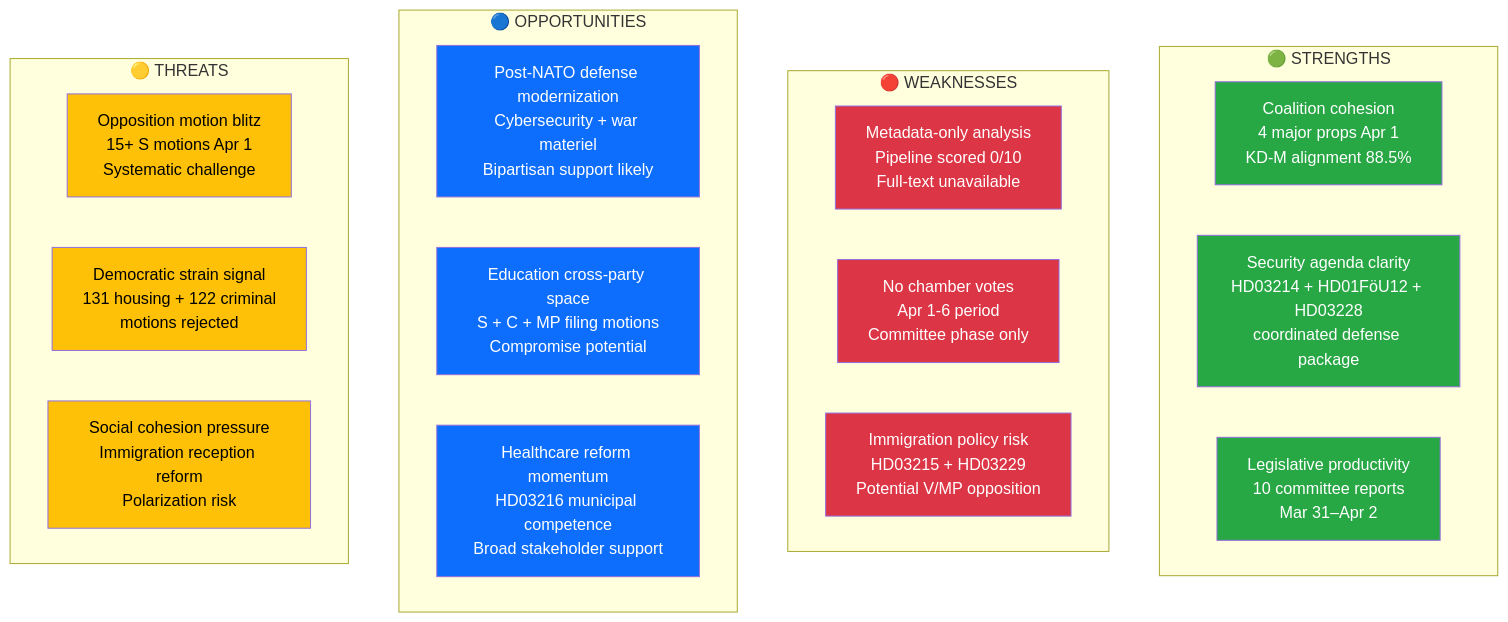
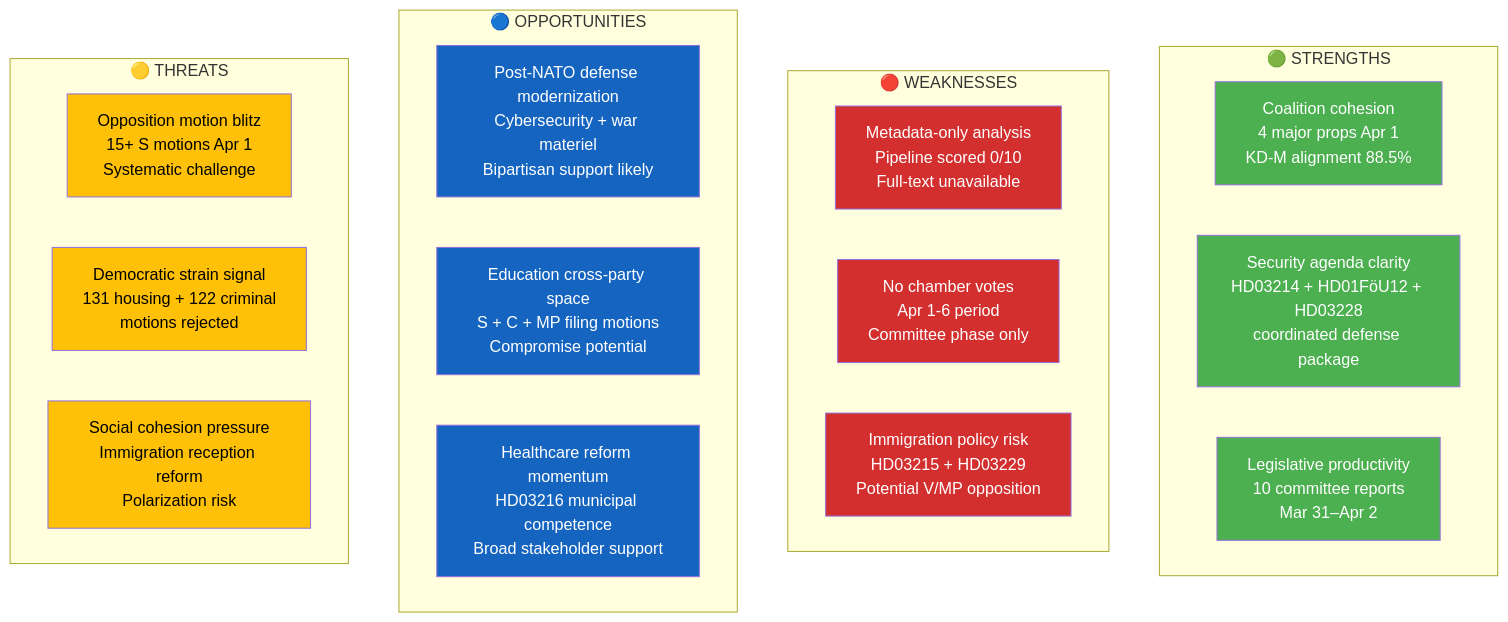
The diagram in analysis/daily/2026-04-06/evening-analysis/swot-analysis.md (Hack23/riksdagsmonitor), drawn with Mermaid before and after one commit. The commit also changed 785 other files, not shown here.

First line of the commit message:
Normalize mermaid colors across 786 analysis artifacts to ISMS Style Guide palette

````diff
--- a/analysis/daily/2026-04-06/evening-analysis/swot-analysis.md
+++ b/analysis/daily/2026-04-06/evening-analysis/swot-analysis.md
@@ -13,35 +13,35 @@
 ```mermaid
 graph TD
     subgraph "🟢 STRENGTHS"
         S1["Coalition cohesion<br/>4 major props Apr 1<br/>KD-M alignment 88.5%"]
         S2["Security agenda clarity<br/>HD03214 + HD01FöU12 + HD03228<br/>coordinated defense package"]
         S3["Legislative productivity<br/>10 committee reports<br/>Mar 31–Apr 2"]
     end
     subgraph "🔴 WEAKNESSES"
         W1["Metadata-only analysis<br/>Pipeline scored 0/10<br/>Full-text unavailable"]
         W2["No chamber votes<br/>Apr 1-6 period<br/>Committee phase only"]
         W3["Immigration policy risk<br/>HD03215 + HD03229<br/>Potential V/MP opposition"]
     end
     subgraph "🔵 OPPORTUNITIES"
         O1["Post-NATO defense modernization<br/>Cybersecurity + war materiel<br/>Bipartisan support likely"]
         O2["Education cross-party space<br/>S + C + MP filing motions<br/>Compromise potential"]
         O3["Healthcare reform momentum<br/>HD03216 municipal competence<br/>Broad stakeholder support"]
     end
     subgraph "🟡 THREATS"
         T1["Opposition motion blitz<br/>15+ S motions Apr 1<br/>Systematic challenge"]
         T2["Democratic strain signal<br/>131 housing + 122 criminal<br/>motions rejected"]
         T3["Social cohesion pressure<br/>Immigration reception reform<br/>Polarization risk"]
     end
-    style S1 fill:#28a745,color:#fff
-    style S2 fill:#28a745,color:#fff
-    style S3 fill:#28a745,color:#fff
-    style W1 fill:#dc3545,color:#fff
-    style W2 fill:#dc3545,color:#fff
-    style W3 fill:#dc3545,color:#fff
-    style O1 fill:#0d6efd,color:#fff
-    style O2 fill:#0d6efd,color:#fff
-    style O3 fill:#0d6efd,color:#fff
-    style T1 fill:#ffc107,color:#000
-    style T2 fill:#ffc107,color:#000
-    style T3 fill:#ffc107,color:#000
+    style S1 fill:#4CAF50,color:#FFFFFF
+    style S2 fill:#4CAF50,color:#FFFFFF
+    style S3 fill:#4CAF50,color:#FFFFFF
+    style W1 fill:#D32F2F,color:#FFFFFF
+    style W2 fill:#D32F2F,color:#FFFFFF
+    style W3 fill:#D32F2F,color:#FFFFFF
+    style O1 fill:#1565C0,color:#FFFFFF
+    style O2 fill:#1565C0,color:#FFFFFF
+    style O3 fill:#1565C0,color:#FFFFFF
+    style T1 fill:#FFC107,color:#000000
+    style T2 fill:#FFC107,color:#000000
+    style T3 fill:#FFC107,color:#000000
 ```
````
